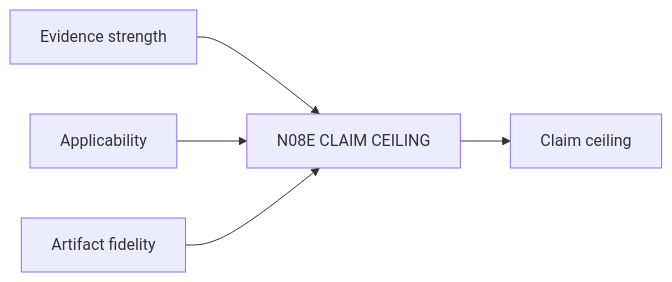
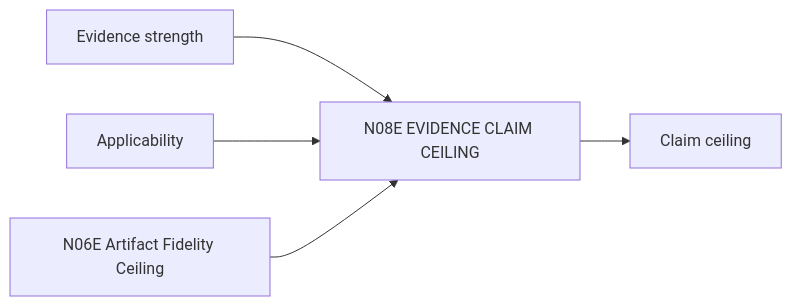
The diagram in product-docs/v0.3/nodes/atomic/N08E_CLAIM_CEILING.md (Jiaosong/Design), drawn with Mermaid before and after one commit. The commit also changed other lines of this file and 71 other files, not shown here.

````diff
--- a/product-docs/v0.3/nodes/atomic/N08E_CLAIM_CEILING.md
+++ b/product-docs/v0.3/nodes/atomic/N08E_CLAIM_CEILING.md
@@ -20,7 +20,7 @@
 ```mermaid
 flowchart LR
     I0[Evidence strength] --> N[N08E CLAIM CEILING]
     I1[Applicability] --> N[N08E CLAIM CEILING]
-    I2[Artifact fidelity] --> N[N08E CLAIM CEILING]
+    I2[N06E Artifact Fidelity Ceiling] --> N[N08E EVIDENCE CLAIM CEILING]
     N --> O0[Claim ceiling]
 ```
````
